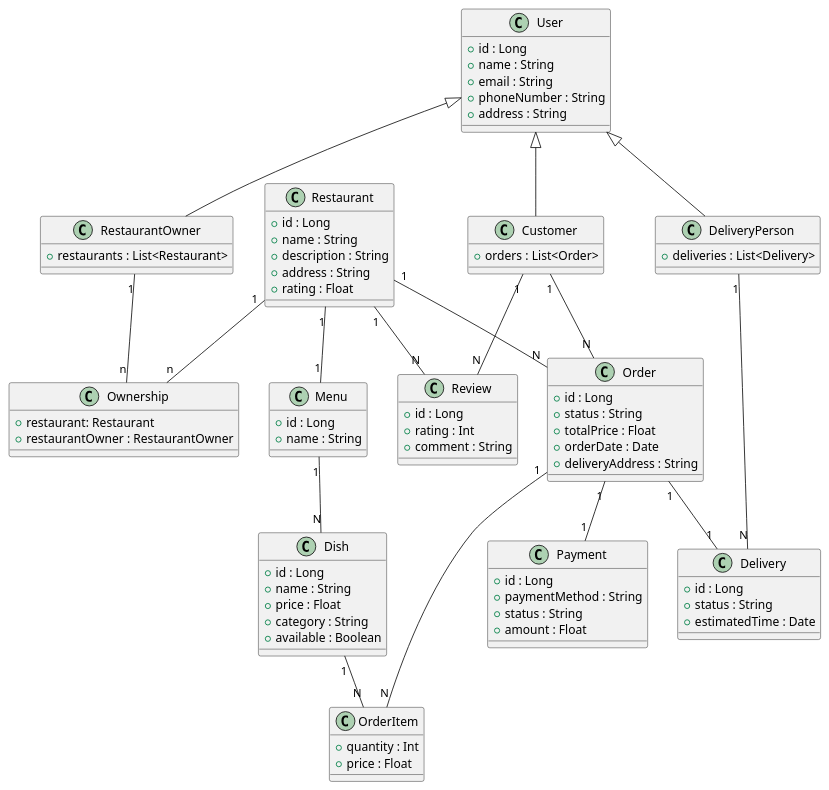
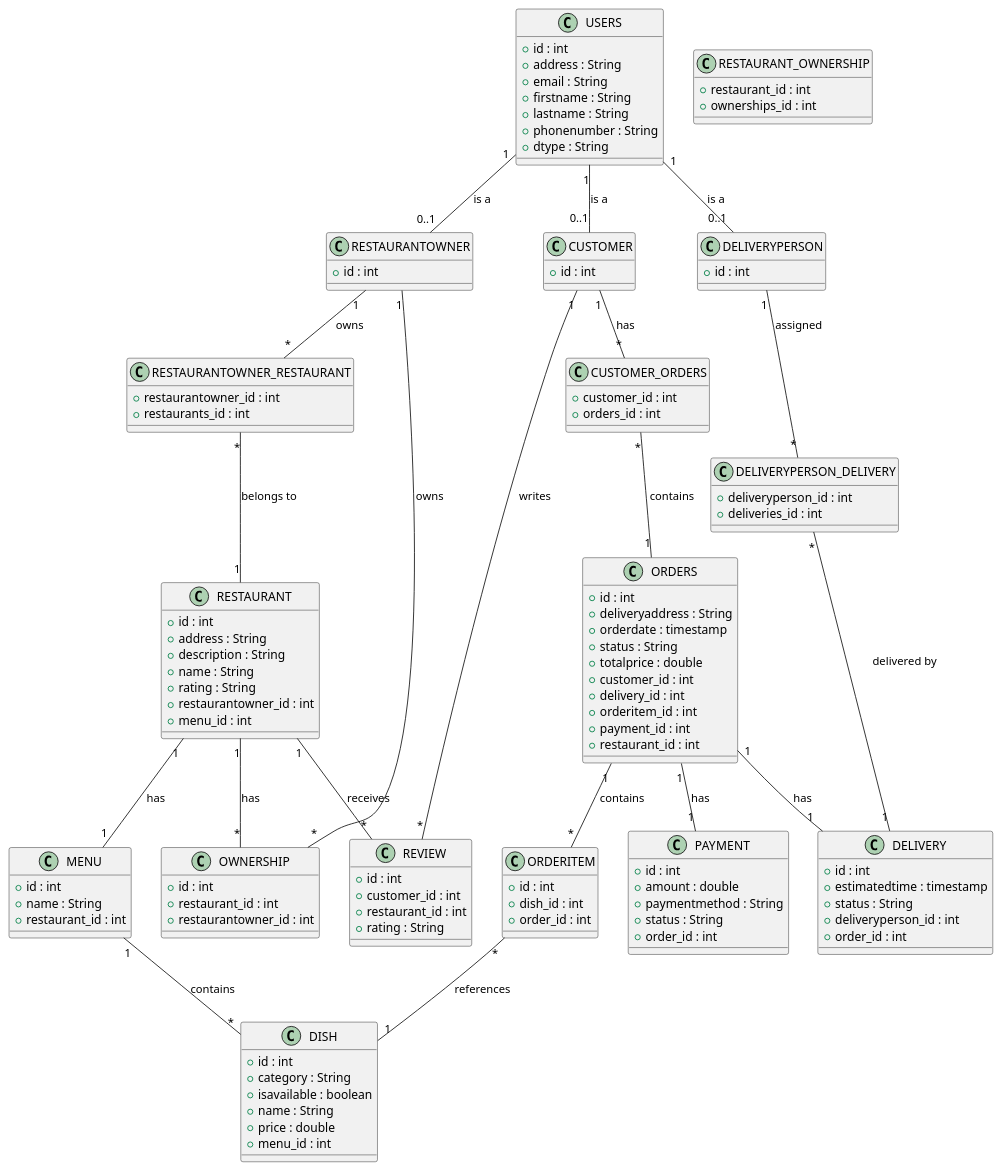
One commit to 2425-4bhitm-insy/jpa-project-v2-foodordering changed the diagram in class-diagram.puml. Above: the diagram before and after it, drawn with PlantUML.

Commit message:
changed class diagram

```diff
--- a/class-diagram.puml
+++ b/class-diagram.puml
@@ -1,94 +1,146 @@
-@startuml
-class User {
-  + id : Long
-  + name : String
-  + email : String
-  + phoneNumber : String
-  + address : String
+@startuml FoodOrderingSystem
+
+' Entity definitions with attributes
+class USERS {
+  +id : int
+  +address : String
+  +email : String
+  +firstname : String
+  +lastname : String
+  +phonenumber : String
+  +dtype : String
 }
 
-class Customer {
-  + orders : List<Order>
-}
-class RestaurantOwner {
-  + restaurants : List<Restaurant>
-}
-class DeliveryPerson {
-  + deliveries : List<Delivery>
+class CUSTOMER {
+  +id : int
 }
 
-User <|-- Customer
-User <|-- RestaurantOwner
-User <|-- DeliveryPerson
-
-class Restaurant {
-  + id : Long
-  + name : String
-  + description : String
-  + address : String
-  + rating : Float
+class RESTAURANTOWNER {
+  +id : int
 }
 
-class Menu {
-  + id : Long
-  + name : String
+class RESTAURANT {
+  +id : int
+  +address : String
+  +description : String
+  +name : String
+  +rating : String
+  +restaurantowner_id : int
+  +menu_id : int
 }
-Restaurant "1" -- "1" Menu
 
-class Dish {
-  + id : Long
-  + name : String
-  + price : Float
-  + category : String
-  + available : Boolean
+class MENU {
+  +id : int
+  +name : String
+  +restaurant_id : int
 }
-Menu "1" -- "N" Dish
 
-class Order {
-  + id : Long
-  + status : String
-  + totalPrice : Float
-  + orderDate : Date
-  + deliveryAddress : String
+class DISH {
+  +id : int
+  +category : String
+  +isavailable : boolean
+  +name : String
+  +price : double
+  +menu_id : int
 }
-Customer "1" -- "N" Order
-Restaurant "1" -- "N" Order
 
-class OrderItem {
-  + quantity : Int
-  + price : Float
+class ORDERS {
+  +id : int
+  +deliveryaddress : String
+  +orderdate : timestamp
+  +status : String
+  +totalprice : double
+  +customer_id : int
+  +delivery_id : int
+  +orderitem_id : int
+  +payment_id : int
+  +restaurant_id : int
 }
-Order "1" -- "N" OrderItem
-Dish "1" -- "N" OrderItem
 
-class Payment {
-  + id : Long
-  + paymentMethod : String
-  + status : String
-  + amount : Float
+class ORDERITEM {
+  +id : int
+  +dish_id : int
+  +order_id : int
 }
-Order "1" -- "1" Payment
 
-class Review {
-  + id : Long
-  + rating : Int
-  + comment : String
+class PAYMENT {
+  +id : int
+  +amount : double
+  +paymentmethod : String
+  +status : String
+  +order_id : int
 }
-Customer "1" -- "N" Review
-Restaurant "1" -- "N" Review
 
-class Delivery {
-  + id : Long
-  + status : String
-  + estimatedTime : Date
+class DELIVERY {
+  +id : int
+  +estimatedtime : timestamp
+  +status : String
+  +deliveryperson_id : int
+  +order_id : int
 }
-Order "1" -- "1" Delivery
-DeliveryPerson "1" -- "N" Delivery
 
-class Ownership {
-    + restaurant: Restaurant
-    + restaurantOwner : RestaurantOwner
+class DELIVERYPERSON {
+  +id : int
 }
-RestaurantOwner "1" -- "n" Ownership
-Restaurant "1" -- "n" Ownership
+
+class CUSTOMER_ORDERS {
+  +customer_id : int
+  +orders_id : int
+}
+
+class REVIEW {
+  +id : int
+  +customer_id : int
+  +restaurant_id : int
+  +rating : String
+}
+
+class OWNERSHIP {
+  +id : int
+  +restaurant_id : int
+  +restaurantowner_id : int
+}
+
+class RESTAURANT_OWNERSHIP {
+  +restaurant_id : int
+  +ownerships_id : int
+}
+
+class RESTAURANTOWNER_RESTAURANT {
+  +restaurantowner_id : int
+  +restaurants_id : int
+}
+
+class DELIVERYPERSON_DELIVERY {
+  +deliveryperson_id : int
+  +deliveries_id : int
+}
+
+' Relationships
+USERS "1" -- "0..1" CUSTOMER : is a
+USERS "1" -- "0..1" RESTAURANTOWNER : is a
+USERS "1" -- "0..1" DELIVERYPERSON : is a
+
+CUSTOMER "1" -- "*" CUSTOMER_ORDERS : has
+CUSTOMER_ORDERS "*" -- "1" ORDERS : contains
+CUSTOMER "1" -- "*" REVIEW : writes
+
+RESTAURANTOWNER "1" -- "*" RESTAURANTOWNER_RESTAURANT : owns
+RESTAURANTOWNER_RESTAURANT "*" -- "1" RESTAURANT : belongs to
+
+RESTAURANT "1" -- "*" OWNERSHIP : has
+OWNERSHIP "*" -- "1" RESTAURANTOWNER : owns
+RESTAURANT "1" -- "1" MENU : has
+RESTAURANT "1" -- "*" REVIEW : receives
+
+MENU "1" -- "*" DISH : contains
+
+ORDERS "1" -- "1" PAYMENT : has
+ORDERS "1" -- "1" DELIVERY : has
+ORDERS "1" -- "*" ORDERITEM : contains
+ORDERITEM "*" -- "1" DISH : references
+
+DELIVERYPERSON "1" -- "*" DELIVERYPERSON_DELIVERY : assigned
+DELIVERYPERSON_DELIVERY "*" -- "1" DELIVERY : delivered by
+
 @enduml
```
